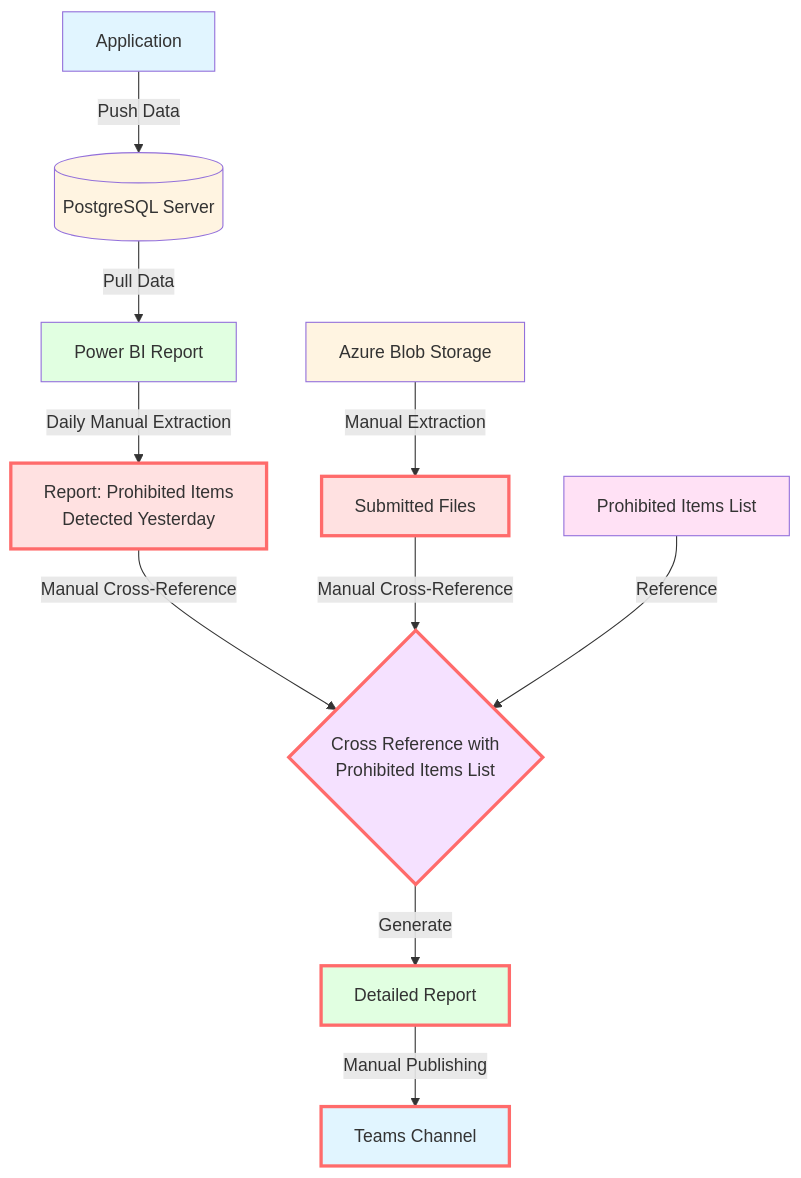
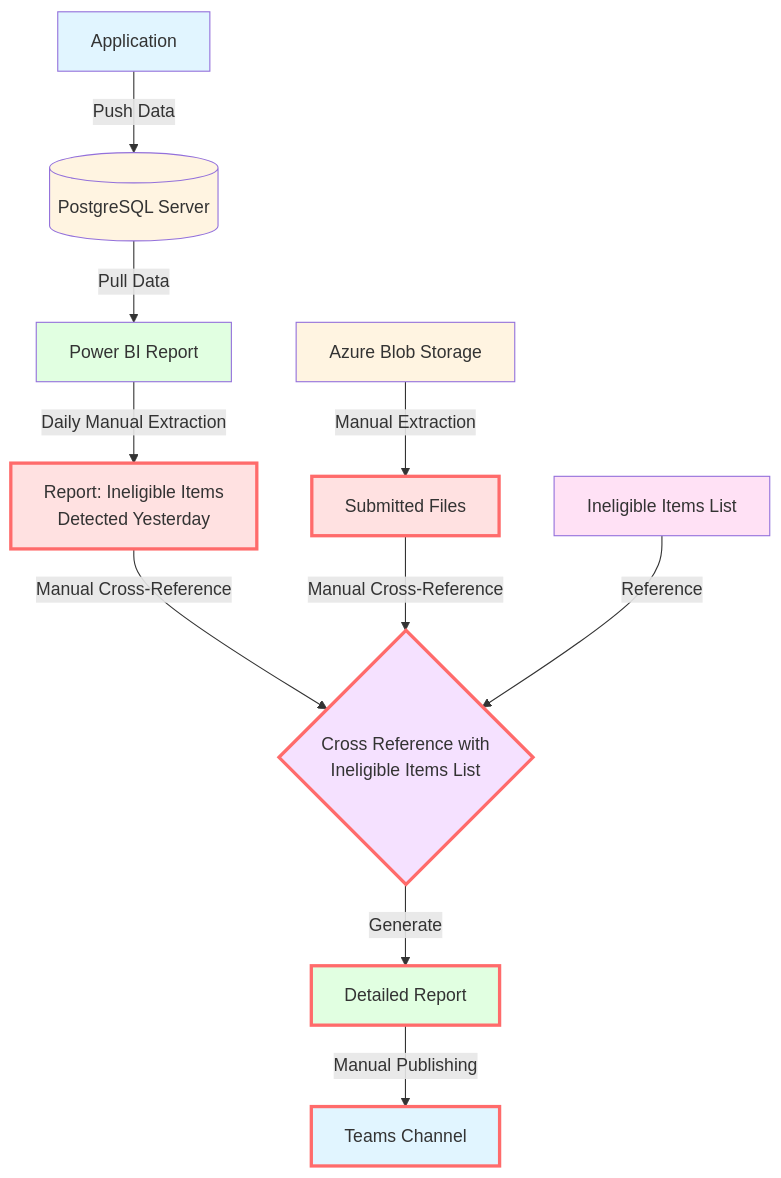
The second of 3 diagrams in README.md (david-pizzi-cg/agentic-compliance-qa), drawn with Mermaid before and after one commit. The commit also changed other lines of this file and 12 other files, not shown here.

First line of the commit message:
Add Historical Trend Analysis Feature with Flow 4 (#2)

````diff
--- a/README.md
+++ b/README.md
@@ -38,26 +173,26 @@
 ```mermaid
 flowchart TD
     A[Application] -->|Push Data| B[(PostgreSQL Server)]
     B -->|Pull Data| C[Power BI Report]
-    C-->|Daily Manual Extraction| D[Report: Prohibited Items<br/>Detected Yesterday]
+    C-->|Daily Manual Extraction| D[Report: Ineligible Items<br/>Detected Yesterday]
     E[Azure Blob Storage] -->|Manual Extraction| F[Submitted Files]
-    D -->|Manual Cross-Reference| G{Cross Reference with<br/>Prohibited Items List}
+    D -->|Manual Cross-Reference| G{Cross Reference with<br/>Ineligible Items List}
     F -->|Manual Cross-Reference| G
-    H[Prohibited Items List] -->|Reference| G
+    H[Ineligible Items List] -->|Reference| G
     G -->|Generate| I[Detailed Report]
     I -->|Manual Publishing| J[Teams Channel]
     
     style A fill:#e1f5ff
     style B fill:#fff4e1
     style C fill:#e1ffe1
     style D fill:#ffe1e1
     style E fill:#fff4e1
     style F fill:#ffe1e1
     style G fill:#f5e1ff
     style H fill:#ffe1f5
     style I fill:#e1ffe1
     style J fill:#e1f5ff
     
     classDef manual fill:#ffe1e1,stroke:#ff6b6b,stroke-width:3px
     class D,F,G,I,J manual
 ```
````
